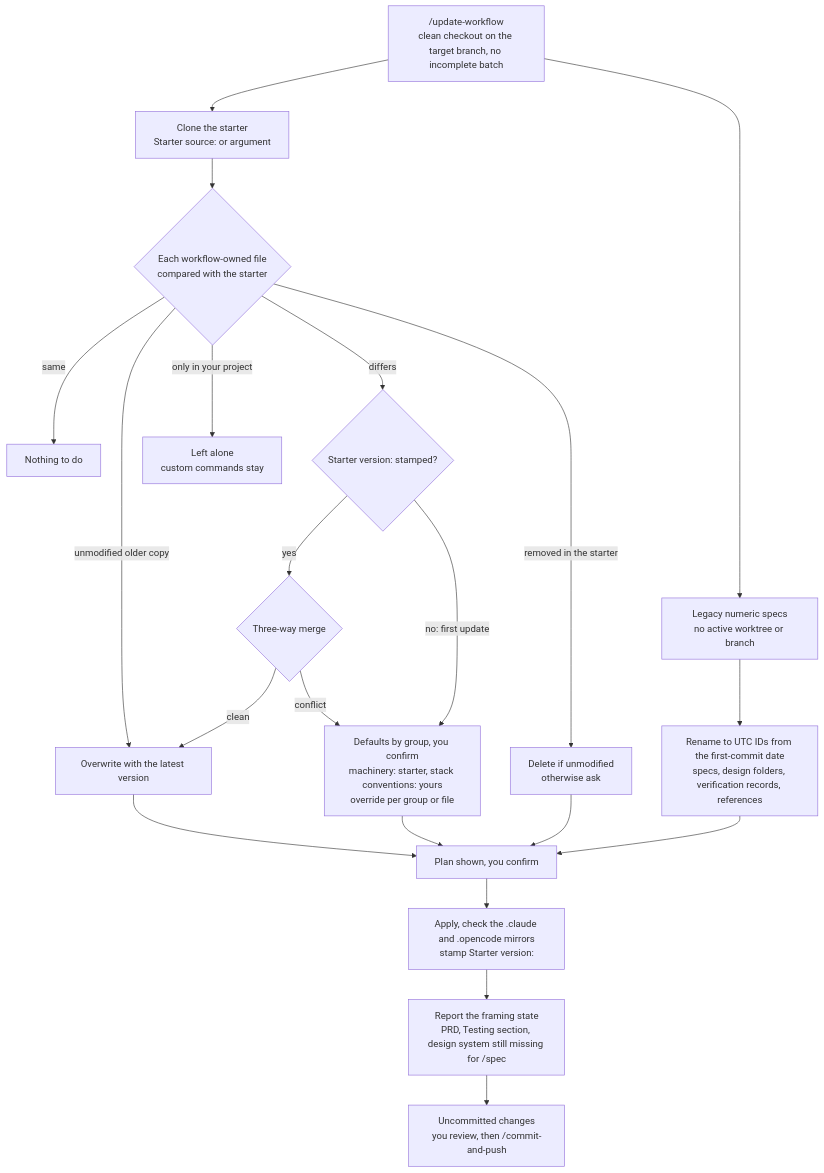
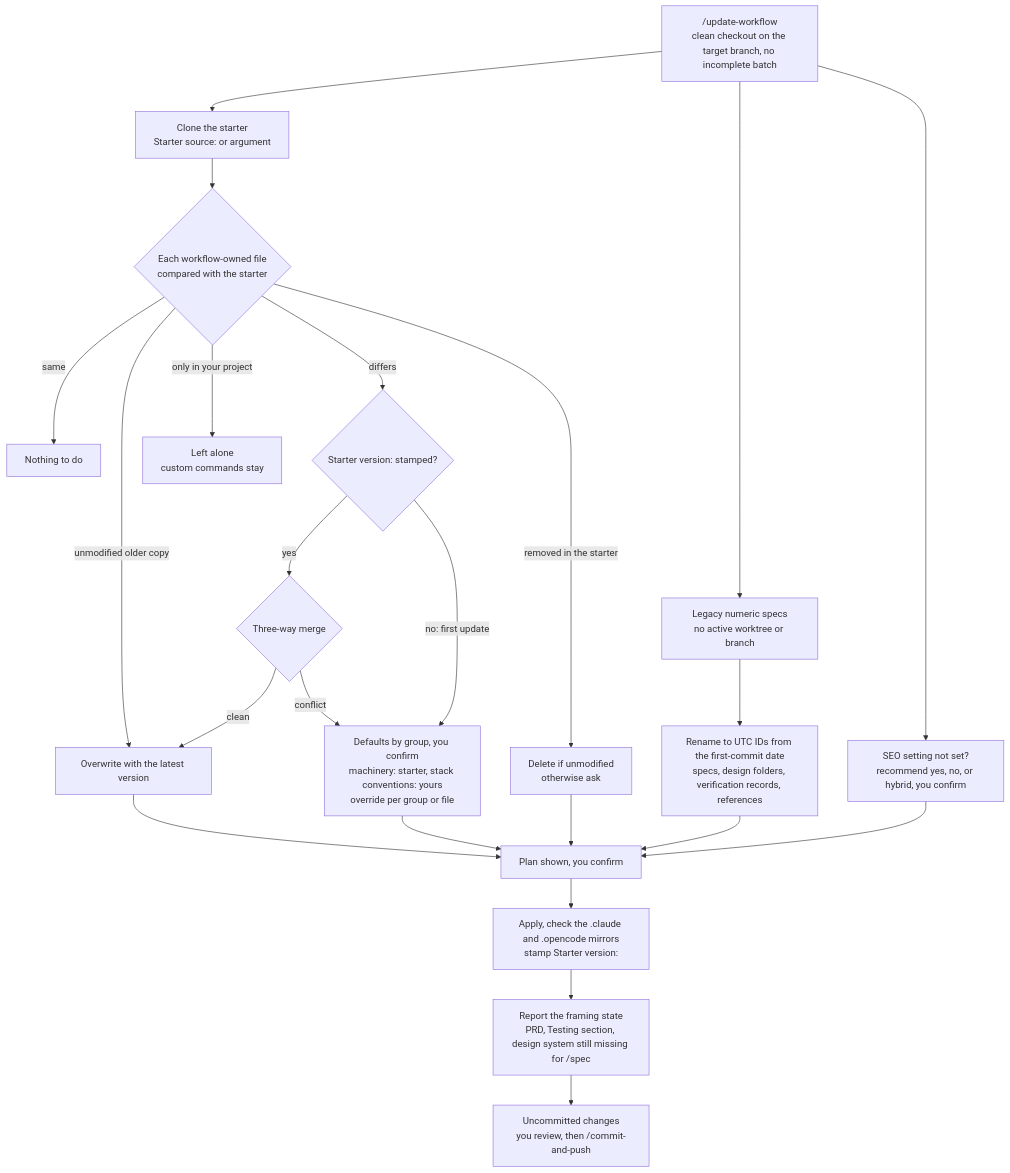
Before and after one commit to the-blue-coder/agentic-starter: the sixth of 6 diagrams in README.md, drawn with Mermaid. The commit also changed other lines of this file and 39 other files, not shown here.

````diff
--- a/README.md
+++ b/README.md
@@ -319,23 +327,25 @@
 ```mermaid
 flowchart TD
   start["/update-workflow<br/>clean checkout on the target branch, no incomplete batch"] --> fetch["Clone the starter<br/>Starter source: or argument"]
   fetch --> classify{"Each workflow-owned file<br/>compared with the starter"}
   classify -- "same" --> skip["Nothing to do"]
   classify -- "unmodified older copy" --> overwrite["Overwrite with the latest version"]
   classify -- "differs" --> base{"Starter version: stamped?"}
   base -- "yes" --> merge{"Three-way merge"}
   merge -- "clean" --> overwrite
   merge -- "conflict" --> ask
   base -- "no: first update" --> ask["Defaults by group, you confirm<br/>machinery: starter, stack conventions: yours<br/>override per group or file"]
   classify -- "removed in the starter" --> remove["Delete if unmodified<br/>otherwise ask"]
   classify -- "only in your project" --> own["Left alone<br/>custom commands stay"]
+  start --> seoq["SEO setting not set?<br/>recommend yes, no, or hybrid, you confirm"]
   start --> specs["Legacy numeric specs<br/>no active worktree or branch"]
   specs --> rename["Rename to UTC IDs from the first-commit date<br/>specs, design folders, verification records, references"]
   overwrite --> plan["Plan shown, you confirm"]
   ask --> plan
   remove --> plan
   rename --> plan
+  seoq --> plan
   plan --> apply["Apply, check the .claude and .opencode mirrors<br/>stamp Starter version:"]
   apply --> framing["Report the framing state<br/>PRD, Testing section, design system still missing for /spec"]
   framing --> review["Uncommitted changes<br/>you review, then /commit-and-push"]
 ```
````
